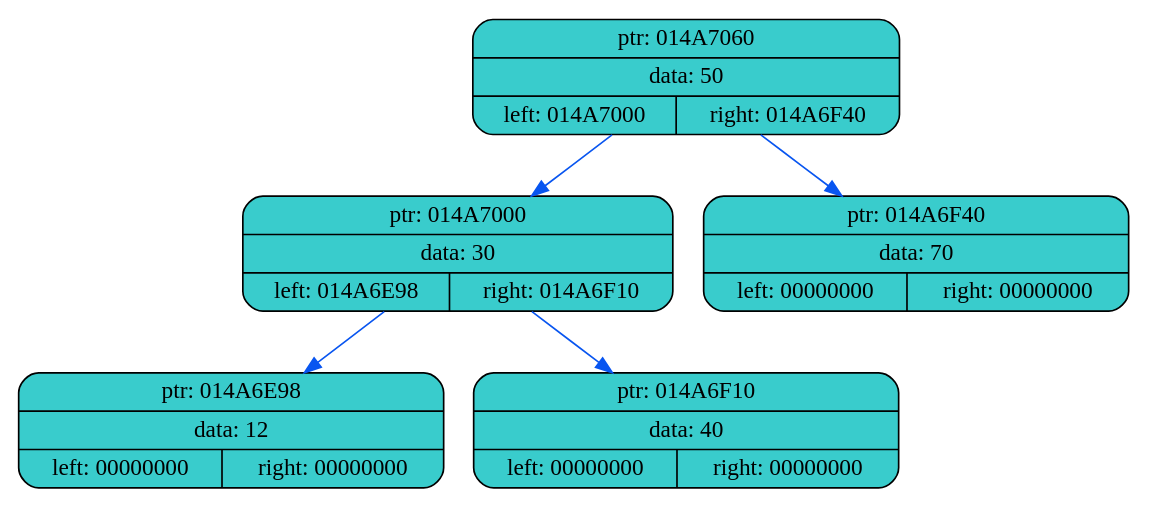
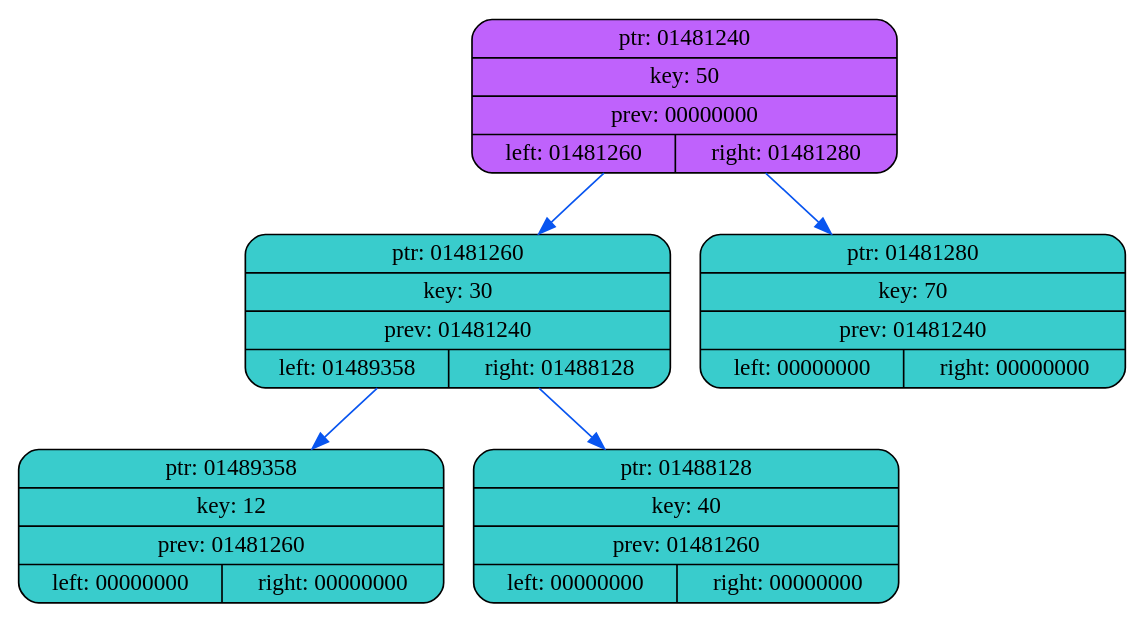
Before and after one commit to coffee8cat/akinator: the diagram in data/dump2.dot, drawn with Graphviz. The commit also changed 9 other files, not shown here.

```diff
--- a/data/dump2.dot
+++ b/data/dump2.dot
@@ -1,14 +1,14 @@
 digraph
 {
     rankdir=TP
 
-        node014A7060[shape=record,style="rounded,filled",fillcolor="#39CCCC",label="{ ptr: 014A7060 | data: 50 | { left: 014A7000 | right: 014A6F40 }}"];
-    node014A7060 -> node014A7000[color="#0855F0"]
-    node014A7000[shape=record,style="rounded,filled",fillcolor="#39CCCC",label="{ ptr: 014A7000 | data: 30 | { left: 014A6E98 | right: 014A6F10 }}"];
-    node014A7000 -> node014A6E98[color="#0855F0"]
-    node014A6E98[shape=record,style="rounded,filled",fillcolor="#39CCCC",label="{ ptr: 014A6E98 | data: 12 | { left: 00000000 | right: 00000000 }}"];
-    node014A7000 -> node014A6F10[color="#0855F0"]
-    node014A6F10[shape=record,style="rounded,filled",fillcolor="#39CCCC",label="{ ptr: 014A6F10 | data: 40 | { left: 00000000 | right: 00000000 }}"];
-    node014A7060 -> node014A6F40[color="#0855F0"]
-    node014A6F40[shape=record,style="rounded,filled",fillcolor="#39CCCC",label="{ ptr: 014A6F40 | data: 70 | { left: 00000000 | right: 00000000 }}"];
+        node01481240[shape=record,style="rounded,filled",fillcolor="#BF62FC",label="{ ptr: 01481240 | key: 50 | prev: 00000000| { left: 01481260 | right: 01481280 }}"];
+    node01481240 -> node01481260[color="#0855F0"]
+    node01481260[shape=record,style="rounded,filled",fillcolor="#39CCCC",label="{ ptr: 01481260 | key: 30 | prev: 01481240 | { left: 01489358 | right: 01488128 }}"];
+    node01481260 -> node01489358[color="#0855F0"]
+    node01489358[shape=record,style="rounded,filled",fillcolor="#39CCCC",label="{ ptr: 01489358 | key: 12 | prev: 01481260 | { left: 00000000 | right: 00000000 }}"];
+    node01481260 -> node01488128[color="#0855F0"]
+    node01488128[shape=record,style="rounded,filled",fillcolor="#39CCCC",label="{ ptr: 01488128 | key: 40 | prev: 01481260 | { left: 00000000 | right: 00000000 }}"];
+    node01481240 -> node01481280[color="#0855F0"]
+    node01481280[shape=record,style="rounded,filled",fillcolor="#39CCCC",label="{ ptr: 01481280 | key: 70 | prev: 01481240 | { left: 00000000 | right: 00000000 }}"];
 }
```
